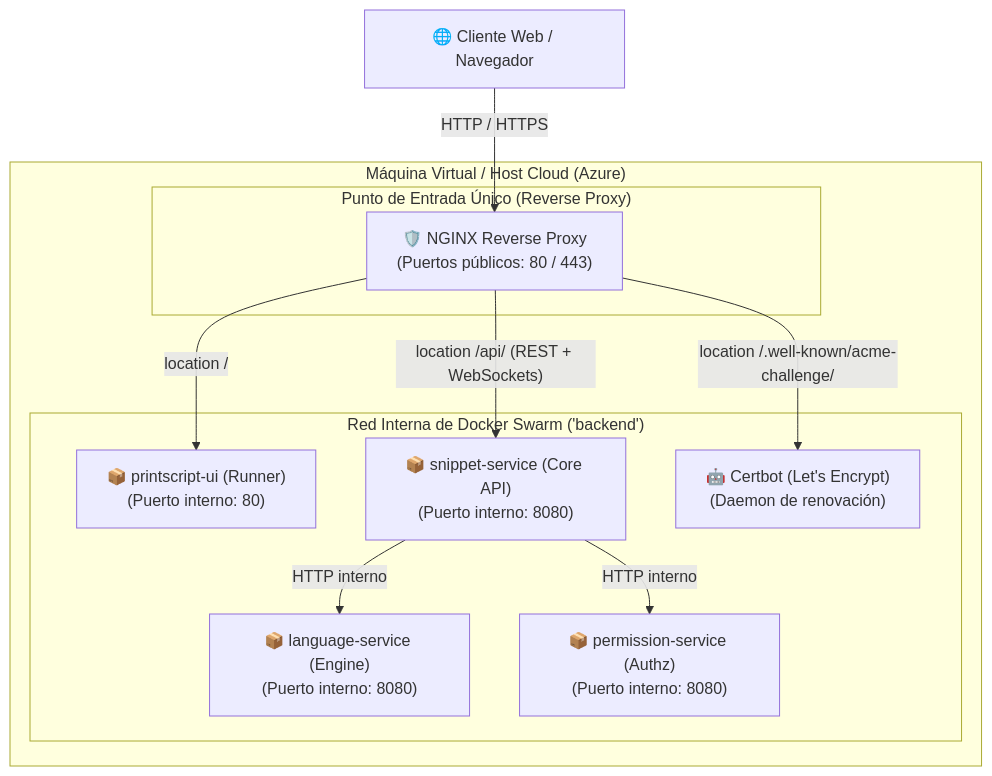
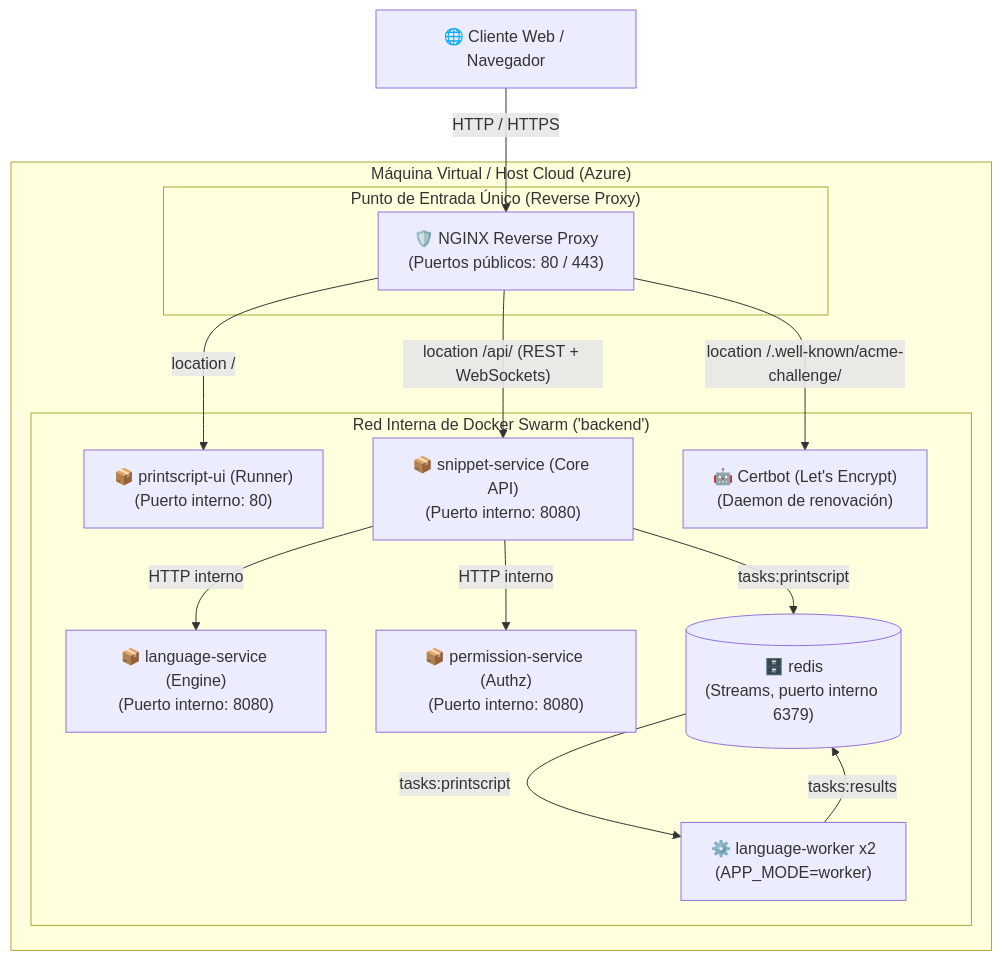
The diagram in README.md (TP1-2-INGSIS/snippet-searcher-infra), drawn with Mermaid before and after one commit. The commit also changed other lines of this file and 5 other files, not shown here.

Commit message:
feat(infra): add Redis and language-worker services

````diff
--- a/README.md
+++ b/README.md
@@ -11,27 +11,32 @@
 ```mermaid
 flowchart TD
     Client["🌐 Cliente Web / Navegador"]
     
     subgraph Host ["Máquina Virtual / Host Cloud (Azure)"]
         subgraph Ingress ["Punto de Entrada Único (Reverse Proxy)"]
             RP["🛡️ NGINX Reverse Proxy<br/>(Puertos públicos: 80 / 443)"]
         end
 
         subgraph Overlay ["Red Interna de Docker Swarm ('backend')"]
             UI["📦 printscript-ui (Runner)<br/>(Puerto interno: 80)"]
             SS["📦 snippet-service (Core API)<br/>(Puerto interno: 8080)"]
             LS["📦 language-service (Engine)<br/>(Puerto interno: 8080)"]
             PS["📦 permission-service (Authz)<br/>(Puerto interno: 8080)"]
+            LW["⚙️ language-worker x2<br/>(APP_MODE=worker)"]
+            RD[("🗄️ redis<br/>(Streams, puerto interno 6379)")]
             Certbot["🤖 Certbot (Let's Encrypt)<br/>(Daemon de renovación)"]
         end
     end
 
     Client -- "HTTP / HTTPS" --> RP
     
     RP -- "location /" --> UI
     RP -- "location /api/ (REST + WebSockets)" --> SS
     RP -- "location /.well-known/acme-challenge/" --> Certbot
     
     SS -- "HTTP interno" --> LS
     SS -- "HTTP interno" --> PS
+    SS -- "tasks:printscript" --> RD
+    RD -- "tasks:printscript" --> LW
+    LW -- "tasks:results" --> RD
 ```
````
